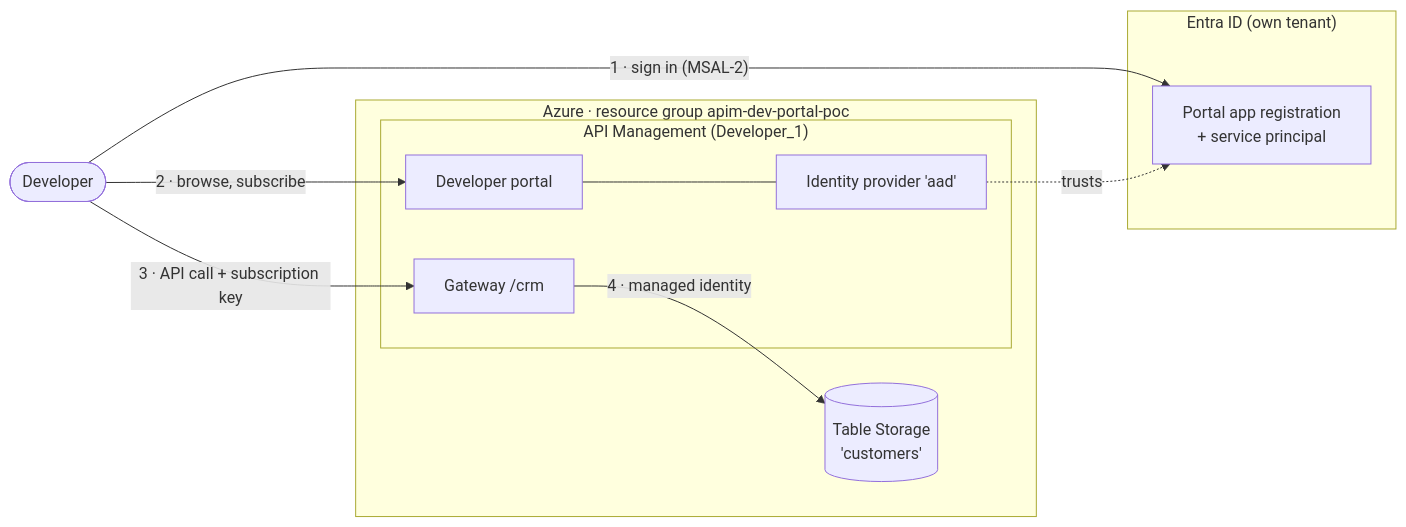
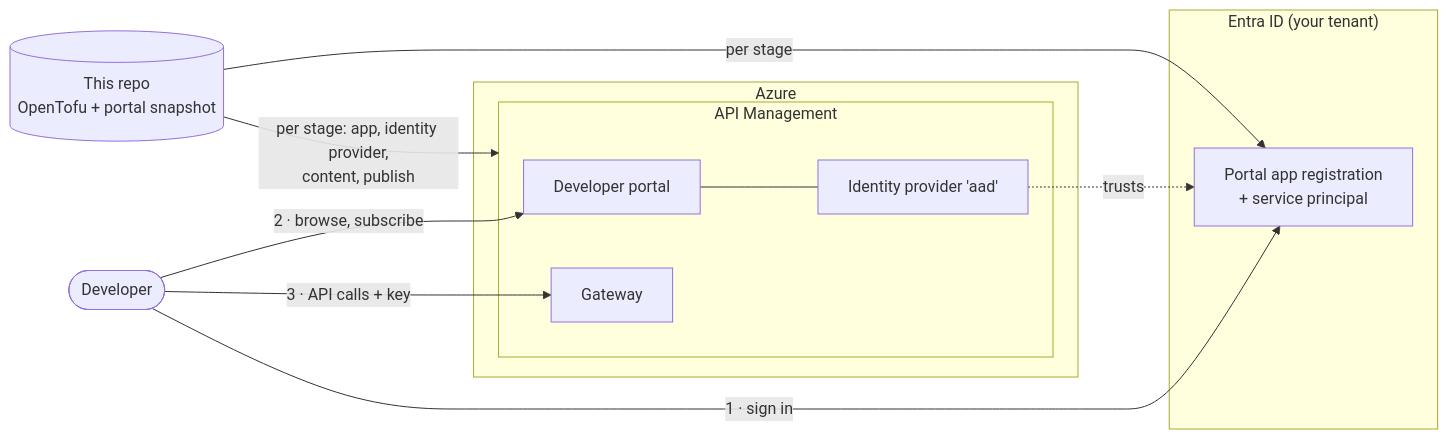
Before and after one commit to AlexanderRengers/apim-dev-portal: the first of 3 diagrams in README.md, drawn with Mermaid. The commit also changed other lines of this file and 13 other files, not shown here.

First line of the commit message:
Restructure docs around enabling the portal on an existing APIM instance

````diff
--- a/README.md
+++ b/README.md
@@ -22,24 +35,26 @@
 ```mermaid
 flowchart LR
   dev(["Developer"])
 
-  subgraph entra["Entra ID (own tenant)"]
+  subgraph entra["Entra ID (your tenant)"]
     app["Portal app registration<br/>+ service principal"]
   end
 
-  subgraph azure["Azure · resource group apim-dev-portal-poc"]
-    subgraph apim["API Management (Developer_1)"]
+  subgraph azure["Azure"]
+    subgraph apim["API Management"]
       portal["Developer portal"]
       idp["Identity provider 'aad'"]
-      gw["Gateway /crm"]
+      gw["Gateway"]
     end
-    table[("Table Storage<br/>'customers'")]
   end
 
-  dev -- "1 · sign in (MSAL-2)" --> app
+  repo[("This repo<br/>OpenTofu + portal snapshot")]
+
+  dev -- "1 · sign in" --> app
   dev -- "2 · browse, subscribe" --> portal
-  dev -- "3 · API call + subscription key" --> gw
+  dev -- "3 · API calls + key" --> gw
   portal --- idp
   idp -. "trusts" .-> app
-  gw -- "4 · managed identity" --> table
+  repo -- "per stage: app, identity provider,<br/>content, publish" --> apim
+  repo -- "per stage" --> app
 ```
````
